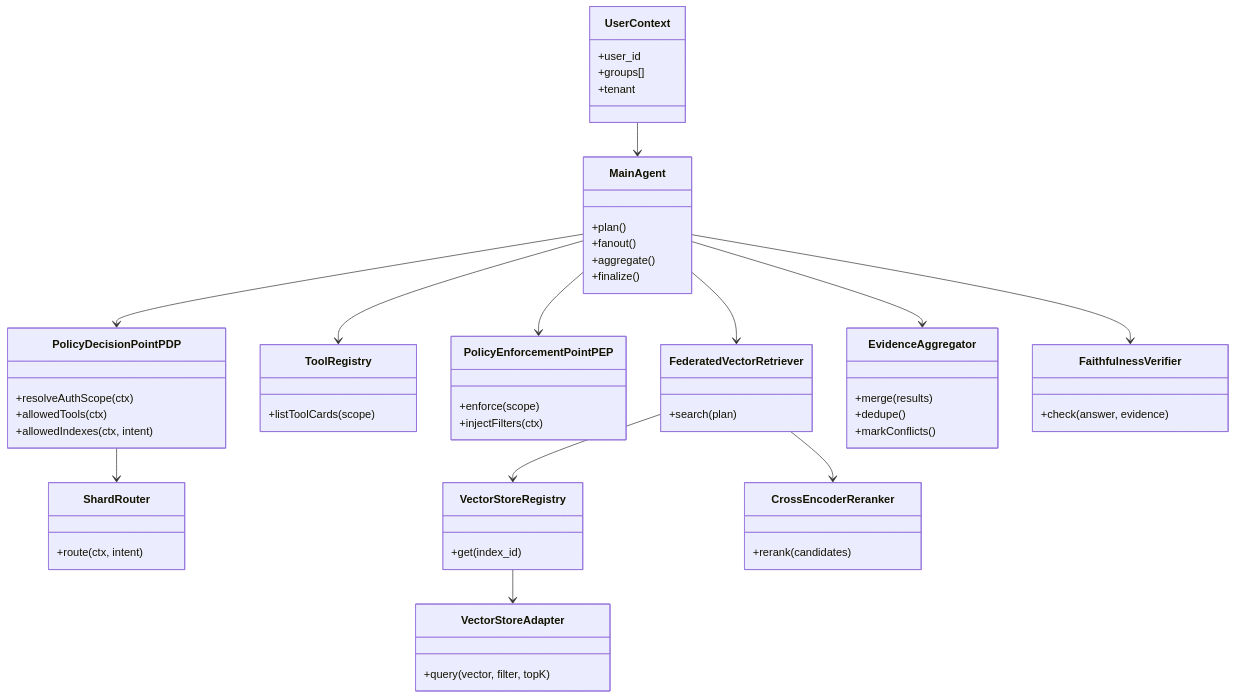
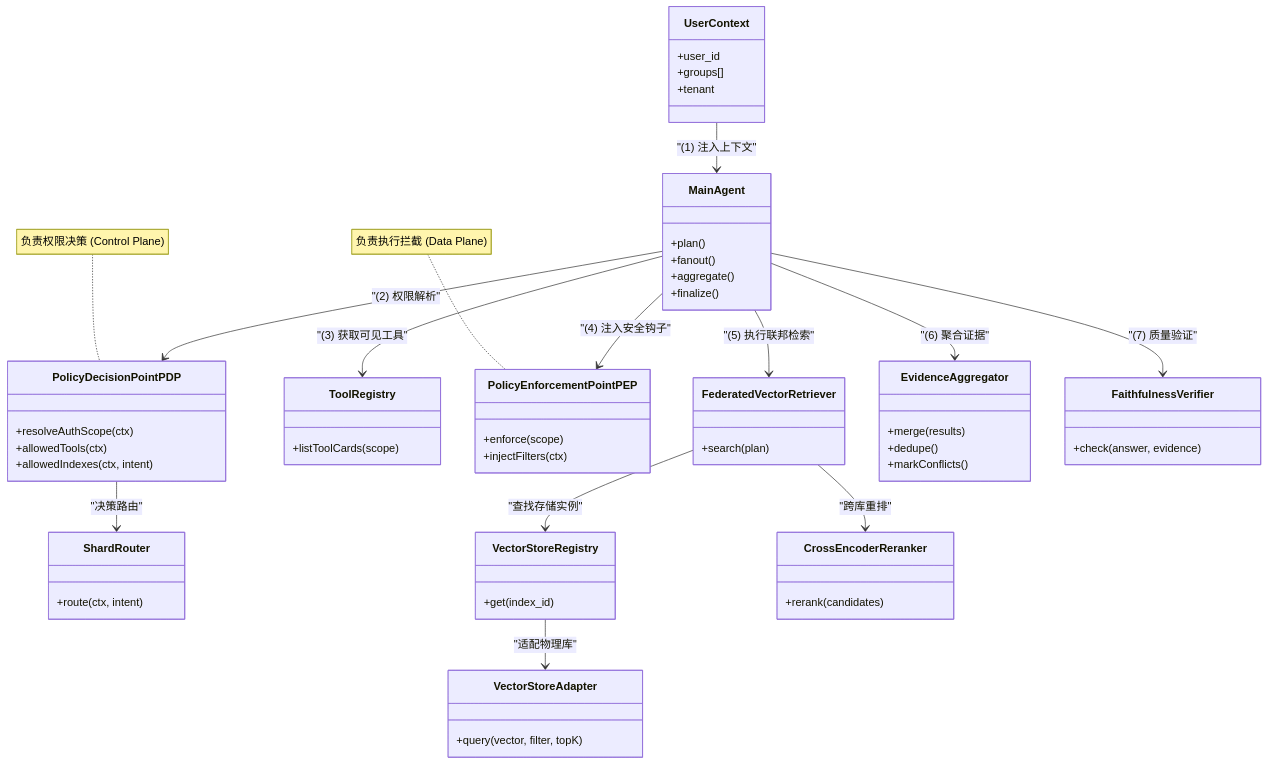
One commit to cute-spring/opencode-notes changed diagram 23 of 35 in docs/arch/enterprise-agentic-rag.md. Above: the diagram before and after it, drawn with Mermaid. The commit also changed other lines of this file and 2 other files, not shown here.

````diff
--- a/docs/arch/enterprise-agentic-rag.md
+++ b/docs/arch/enterprise-agentic-rag.md
@@ -934,72 +1771,78 @@
 ```mermaid
 classDiagram
-  class UserContext {
-    +user_id
-    +groups[]
-    +tenant
-  }
+    %% 核心类定义
+    class UserContext {
+        +user_id
+        +groups[]
+        +tenant
+    }
 
-  class MainAgent {
-    +plan()
-    +fanout()
-    +aggregate()
-    +finalize()
-  }
+    class MainAgent {
+        +plan()
+        +fanout()
+        +aggregate()
+        +finalize()
+    }
 
-  class PolicyDecisionPointPDP {
-    +resolveAuthScope(ctx)
-    +allowedTools(ctx)
-    +allowedIndexes(ctx, intent)
-  }
+    class PolicyDecisionPointPDP {
+        +resolveAuthScope(ctx)
+        +allowedTools(ctx)
+        +allowedIndexes(ctx, intent)
+    }
 
-  class ToolRegistry {
-    +listToolCards(scope)
-  }
+    class ToolRegistry {
+        +listToolCards(scope)
+    }
 
-  class PolicyEnforcementPointPEP {
-    +enforce(scope)
-    +injectFilters(ctx)
-  }
+    class PolicyEnforcementPointPEP {
+        +enforce(scope)
+        +injectFilters(ctx)
+    }
 
-  class ShardRouter {
-    +route(ctx, intent)
-  }
+    class ShardRouter {
+        +route(ctx, intent)
+    }
 
-  class FederatedVectorRetriever {
-    +search(plan)
-  }
+    class FederatedVectorRetriever {
+        +search(plan)
+    }
 
-  class VectorStoreRegistry {
-    +get(index_id)
-  }
+    class VectorStoreRegistry {
+        +get(index_id)
+    }
 
-  class VectorStoreAdapter {
-    +query(vector, filter, topK)
-  }
+    class VectorStoreAdapter {
+        +query(vector, filter, topK)
+    }
 
-  class CrossEncoderReranker {
-    +rerank(candidates)
-  }
+    class CrossEncoderReranker {
+        +rerank(candidates)
+    }
 
-  class EvidenceAggregator {
-    +merge(results)
-    +dedupe()
-    +markConflicts()
-  }
+    class EvidenceAggregator {
+        +merge(results)
+        +dedupe()
+        +markConflicts()
+    }
 
-  class FaithfulnessVerifier {
-    +check(answer, evidence)
-  }
+    class FaithfulnessVerifier {
+        +check(answer, evidence)
+    }
 
-  UserContext --> MainAgent
-  MainAgent --> PolicyDecisionPointPDP
-  MainAgent --> ToolRegistry
-  MainAgent --> PolicyEnforcementPointPEP
-  MainAgent --> FederatedVectorRetriever
-  PolicyDecisionPointPDP --> ShardRouter
-  FederatedVectorRetriever --> VectorStoreRegistry
-  VectorStoreRegistry --> VectorStoreAdapter
-  FederatedVectorRetriever --> CrossEncoderReranker
-  MainAgent --> EvidenceAggregator
-  MainAgent --> FaithfulnessVerifier
+    %% 关系连线
+    UserContext --> MainAgent : "(1) 注入上下文"
+    MainAgent --> PolicyDecisionPointPDP : "(2) 权限解析"
+    MainAgent --> ToolRegistry : "(3) 获取可见工具"
+    MainAgent --> PolicyEnforcementPointPEP : "(4) 注入安全钩子"
+    MainAgent --> FederatedVectorRetriever : "(5) 执行联邦检索"
+    PolicyDecisionPointPDP --> ShardRouter : "决策路由"
+    FederatedVectorRetriever --> VectorStoreRegistry : "查找存储实例"
+    VectorStoreRegistry --> VectorStoreAdapter : "适配物理库"
+    FederatedVectorRetriever --> CrossEncoderReranker : "跨库重排"
+    MainAgent --> EvidenceAggregator : "(6) 聚合证据"
+    MainAgent --> FaithfulnessVerifier : "(7) 质量验证"
+
+    %% 备注
+    note for PolicyDecisionPointPDP "负责权限决策 (Control Plane)"
+    note for PolicyEnforcementPointPEP "负责执行拦截 (Data Plane)"
 ```
````
